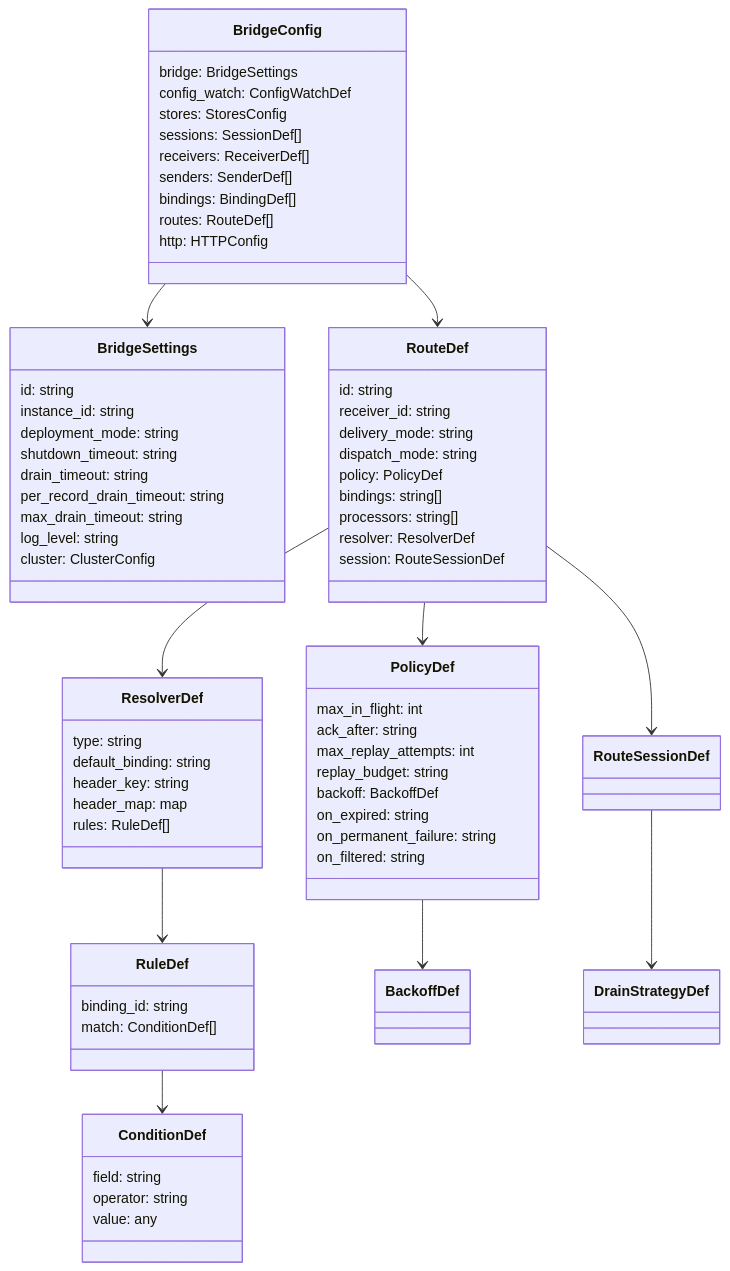
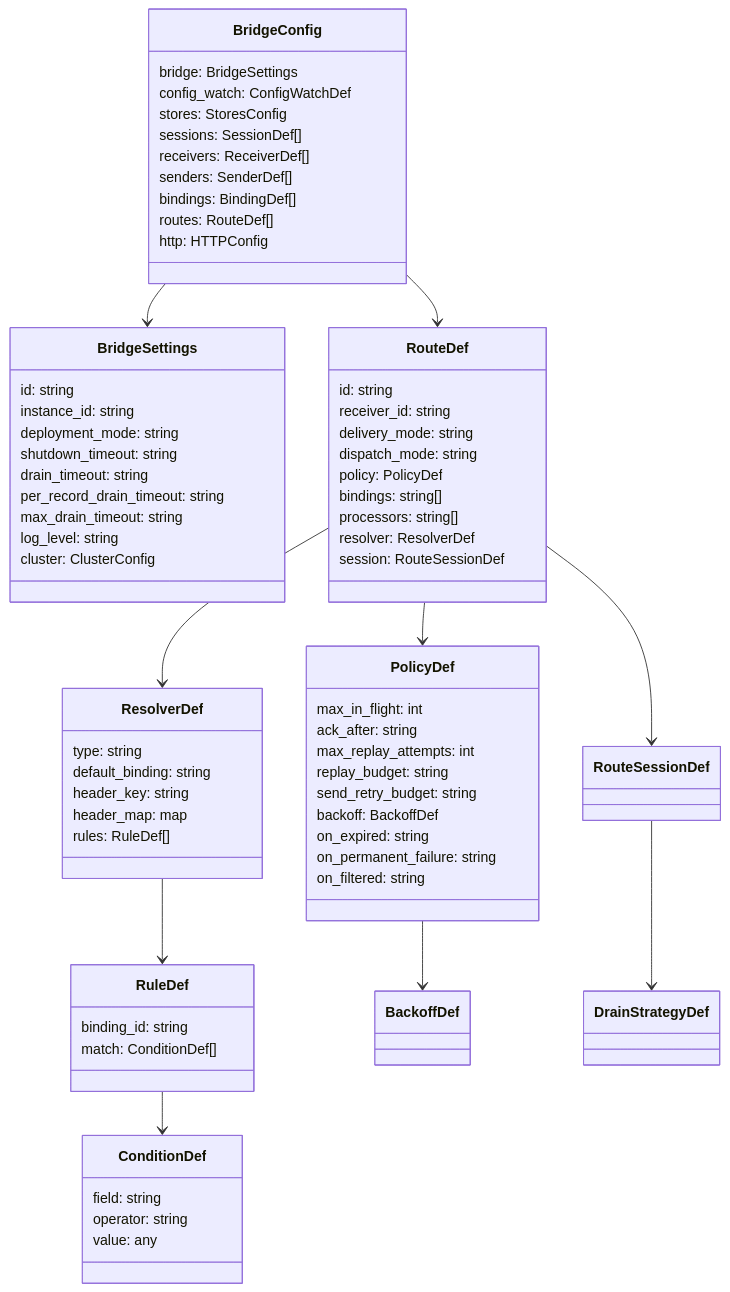
The diagram in docs/configuration-reference.md (mariotoffia/gobridge), drawn with Mermaid before and after one commit. The commit also changed 13 other files, not shown here.

First line of the commit message:
docs: describe direct_hold in-process send retry (ADR-0017)

````diff
--- a/docs/configuration-reference.md
+++ b/docs/configuration-reference.md
@@ -11,78 +11,79 @@
 ```mermaid
 classDiagram
     class BridgeConfig {
         bridge: BridgeSettings
         config_watch: ConfigWatchDef
         stores: StoresConfig
         sessions: SessionDef[]
         receivers: ReceiverDef[]
         senders: SenderDef[]
         bindings: BindingDef[]
         routes: RouteDef[]
         http: HTTPConfig
     }
 
     class BridgeSettings {
         id: string
         instance_id: string
         deployment_mode: string
         shutdown_timeout: string
         drain_timeout: string
         per_record_drain_timeout: string
         max_drain_timeout: string
         log_level: string
         cluster: ClusterConfig
     }
 
     class RouteDef {
         id: string
         receiver_id: string
         delivery_mode: string
         dispatch_mode: string
         policy: PolicyDef
         bindings: string[]
         processors: string[]
         resolver: ResolverDef
         session: RouteSessionDef
     }
 
     class ResolverDef {
         type: string
         default_binding: string
         header_key: string
         header_map: map
         rules: RuleDef[]
     }
 
     class RuleDef {
         binding_id: string
         match: ConditionDef[]
     }
 
     class ConditionDef {
         field: string
         operator: string
         value: any
     }
 
     class PolicyDef {
         max_in_flight: int
         ack_after: string
         max_replay_attempts: int
         replay_budget: string
+        send_retry_budget: string
         backoff: BackoffDef
         on_expired: string
         on_permanent_failure: string
         on_filtered: string
     }
 
     BridgeConfig --> BridgeSettings
     BridgeConfig --> RouteDef
     RouteDef --> PolicyDef
     RouteDef --> ResolverDef
     RouteDef --> RouteSessionDef
     ResolverDef --> RuleDef
     RuleDef --> ConditionDef
     PolicyDef --> BackoffDef
     RouteSessionDef --> DrainStrategyDef
 ```
````
